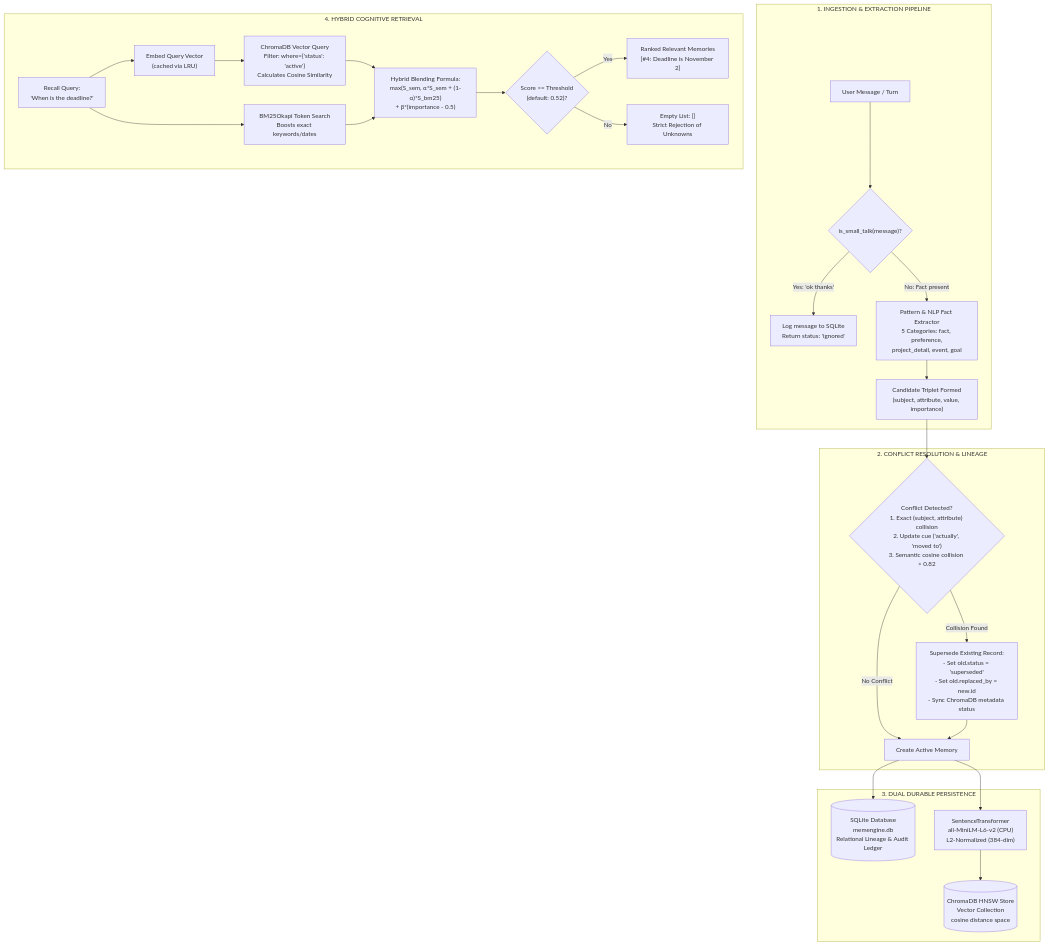
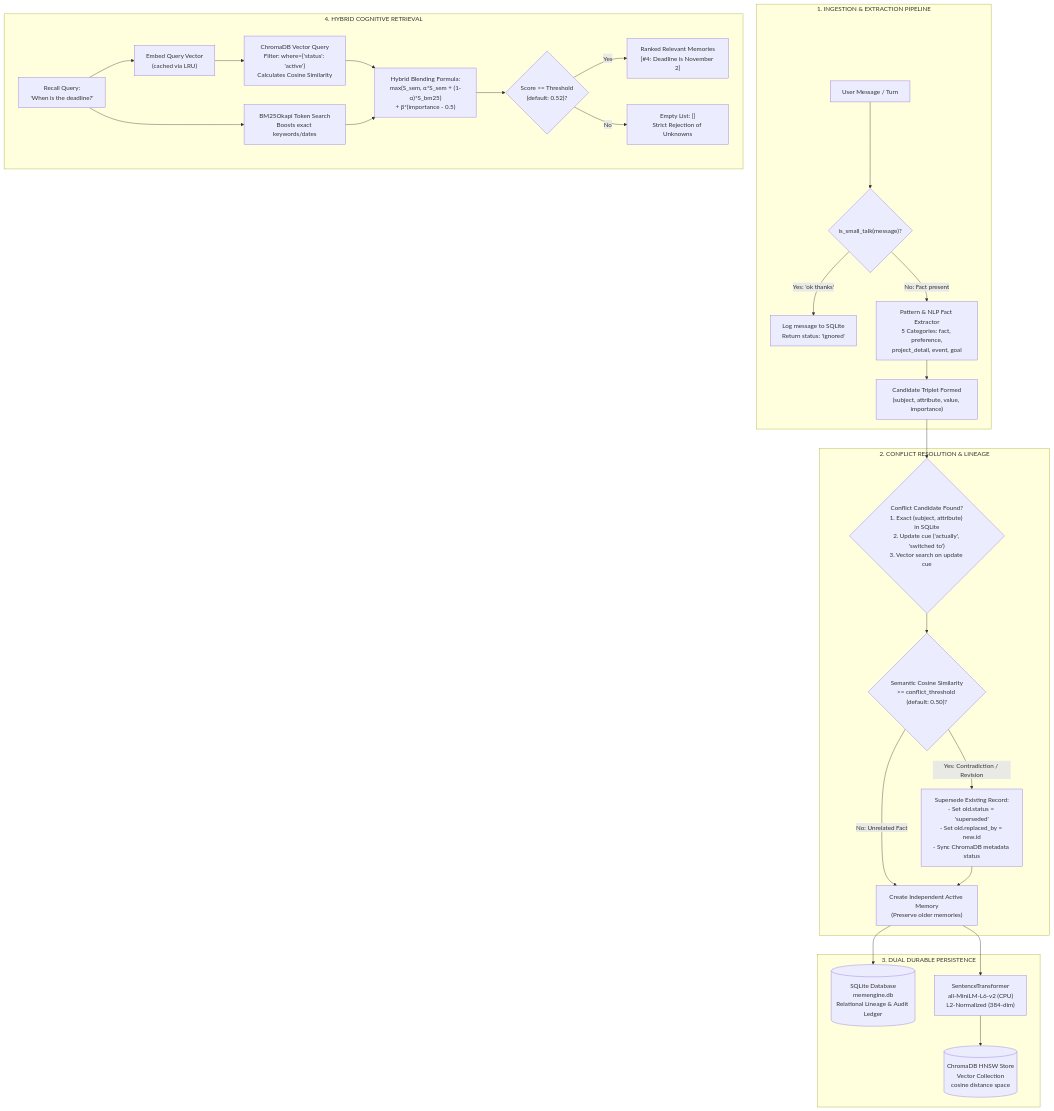
The diagram in README.md (Omsupe15/MemEngine), drawn with Mermaid before and after one commit. The commit also changed other lines of this file and 10 other files, not shown here.

````diff
--- a/README.md
+++ b/README.md
@@ -105,33 +105,34 @@
 ```mermaid
 flowchart TD
     subgraph Ingestion ["1. INGESTION & EXTRACTION PIPELINE"]
         Msg["User Message / Turn"] --> ST{"is_small_talk(message)?"}
         ST -->|Yes: 'ok thanks'| Drop["Log message to SQLite\nReturn status: 'ignored'"]
         ST -->|No: Fact present| Extractor["Pattern & NLP Fact Extractor\n5 Categories: fact, preference,\nproject_detail, event, goal"]
         Extractor --> Triplet["Candidate Triplet Formed\n(subject, attribute, value, importance)"]
     end
 
     subgraph ConflictResolution ["2. CONFLICT RESOLUTION & LINEAGE"]
-        Triplet --> CollCheck{"Conflict Detected?\n1. Exact (subject, attribute) collision\n2. Update cue ('actually', 'moved to')\n3. Semantic cosine collision > 0.82"}
-        CollCheck -->|No Conflict| NewFact["Create Active Memory"]
-        CollCheck -->|Collision Found| Superseder["Supersede Existing Record:\n- Set old.status = 'superseded'\n- Set old.replaced_by = new.id\n- Sync ChromaDB metadata status"]
+        Triplet --> CollCheck{"Conflict Candidate Found?\n1. Exact (subject, attribute) in SQLite\n2. Update cue ('actually', 'switched to')\n3. Vector search on update cue"}
+        CollCheck --> SimCheck{"Semantic Cosine Similarity\n>= conflict_threshold (default: 0.50)?"}
+        SimCheck -->|No: Unrelated Fact| NewFact["Create Independent Active Memory\n(Preserve older memories)"]
+        SimCheck -->|Yes: Contradiction / Revision| Superseder["Supersede Existing Record:\n- Set old.status = 'superseded'\n- Set old.replaced_by = new.id\n- Sync ChromaDB metadata status"]
         Superseder --> NewFact
     end
 
     subgraph Storage ["3. DUAL DURABLE PERSISTENCE"]
         NewFact --> SQL[(SQLite Database\nmemengine.db\nRelational Lineage & Audit Ledger)]
         NewFact --> Embedder["SentenceTransformer\nall-MiniLM-L6-v2 (CPU)\nL2-Normalized (384-dim)"]
         Embedder --> Chroma[(ChromaDB HNSW Store\nVector Collection\ncosine distance space)]
     end
 
     subgraph Retrieval ["4. HYBRID COGNITIVE RETRIEVAL"]
         Query["Recall Query:\n'When is the deadline?'"] --> QEmbed["Embed Query Vector\n(cached via LRU)"]
         QEmbed --> DenseSearch["ChromaDB Vector Query\nFilter: where={'status': 'active'}\nCalculates Cosine Similarity"]
         Query --> LexicalSearch["BM25Okapi Token Search\nBoosts exact keywords/dates"]
         DenseSearch --> HybridScorer["Hybrid Blending Formula:\nmax(S_sem, α*S_sem + (1-α)*S_bm25)\n+ β*(importance - 0.5)"]
         LexicalSearch --> HybridScorer
         HybridScorer --> Threshold{"Score >= Threshold\n(default: 0.52)?"}
         Threshold -->|Yes| TopK["Ranked Relevant Memories\n[#4: Deadline is November 2]"]
         Threshold -->|No| EmptyList["Empty List: []\nStrict Rejection of Unknowns"]
     end
 ```
````
